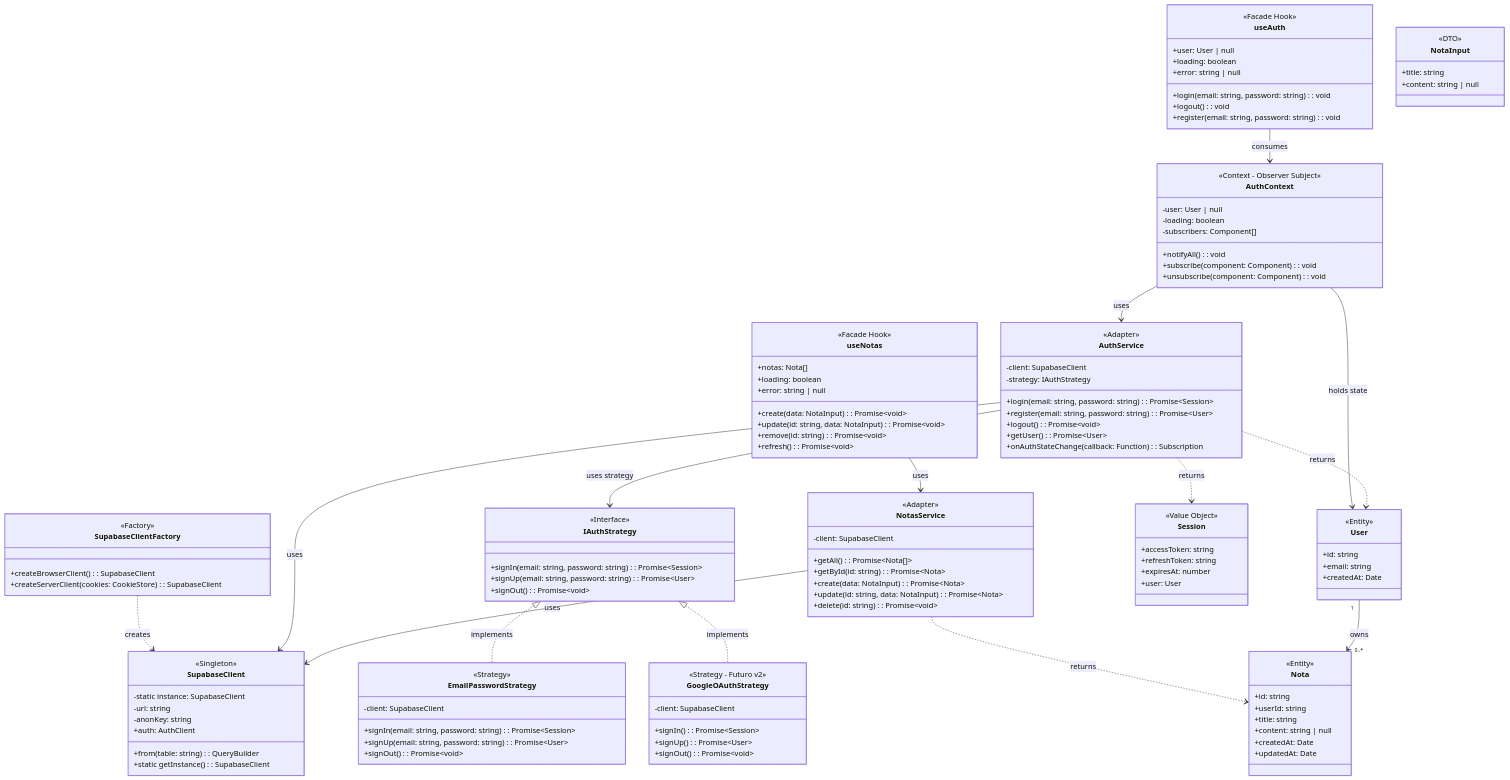
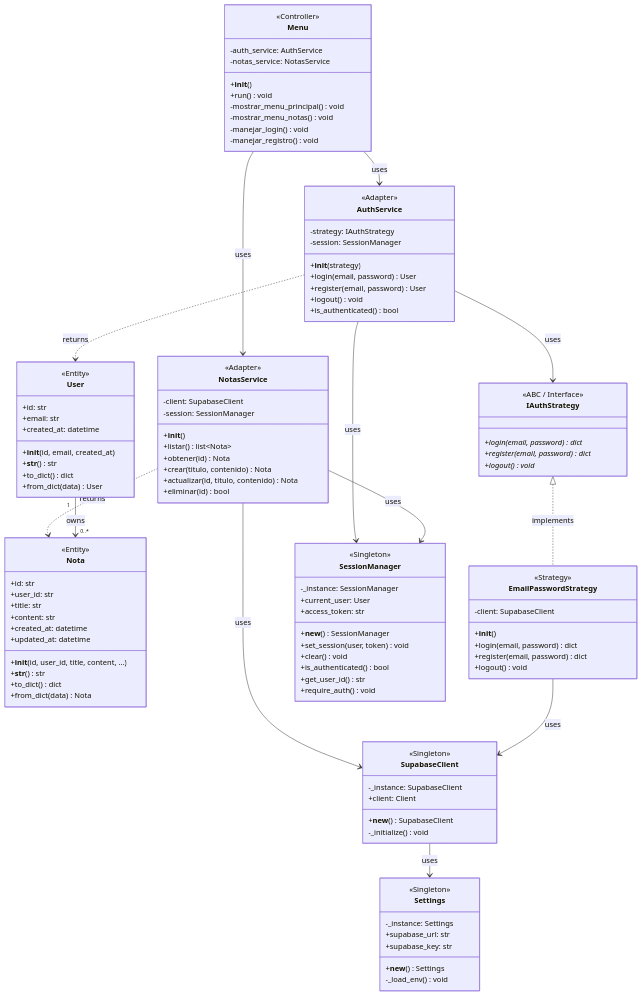
One commit to cynthiavillagra/app_prueba_prompts changed the diagram in docs/03_b_modelado_datos.md. Above: the diagram before and after it, drawn with Mermaid. The commit also changed other lines of this file and 8 other files, not shown here.

```diff
--- a/docs/03_b_modelado_datos.md
+++ b/docs/03_b_modelado_datos.md
@@ -70,183 +62,159 @@
     direction TB
     
     %% ════════════════════════════════════════════
-    %% PATRÓN SINGLETON - Cliente único
+    %% CAPA DE CONFIGURACIÓN
+    %% ════════════════════════════════════════════
+    
+    class Settings {
+        <<Singleton>>
+        -_instance: Settings
+        +supabase_url: str
+        +supabase_key: str
+        +__new__() Settings
+        -_load_env() void
+    }
+    
+    %% ════════════════════════════════════════════
+    %% CAPA DE INFRAESTRUCTURA - Singleton
     %% ════════════════════════════════════════════
     
     class SupabaseClient {
         <<Singleton>>
-        -static instance: SupabaseClient
-        -url: string
-        -anonKey: string
-        +auth: AuthClient
-        +from(table: string): QueryBuilder
-        +static getInstance(): SupabaseClient
+        -_instance: SupabaseClient
+        +client: Client
+        +__new__() SupabaseClient
+        -_initialize() void
     }
     
     %% ════════════════════════════════════════════
-    %% PATRÓN FACTORY METHOD - Crear clientes según contexto
+    %% CAPA DE DOMINIO - Entidades
     %% ════════════════════════════════════════════
     
-    class SupabaseClientFactory {
-        <<Factory>>
-        +createBrowserClient(): SupabaseClient
-        +createServerClient(cookies: CookieStore): SupabaseClient
+    class User {
+        <<Entity>>
+        +id: str
+        +email: str
+        +created_at: datetime
+        +__init__(id, email, created_at)
+        +__str__() str
+        +to_dict() dict
+        +from_dict(data) User
+    }
+    
+    class Nota {
+        <<Entity>>
+        +id: str
+        +user_id: str
+        +title: str
+        +content: str
+        +created_at: datetime
+        +updated_at: datetime
+        +__init__(id, user_id, title, content, ...)
+        +__str__() str
+        +to_dict() dict
+        +from_dict(data) Nota
     }
     
     %% ════════════════════════════════════════════
-    %% PATRÓN STRATEGY - Estrategias de autenticación
+    %% CAPA DE APLICACIÓN - Strategy Pattern
     %% ════════════════════════════════════════════
     
     class IAuthStrategy {
-        <<Interface>>
-        +signIn(email: string, password: string): Promise~Session~
-        +signUp(email: string, password: string): Promise~User~
-        +signOut(): Promise~void~
+        <<ABC / Interface>>
+        +login(email, password)* dict
+        +register(email, password)* dict
+        +logout()* void
     }
     
     class EmailPasswordStrategy {
         <<Strategy>>
         -client: SupabaseClient
-        +signIn(email: string, password: string): Promise~Session~
-        +signUp(email: string, password: string): Promise~User~
-        +signOut(): Promise~void~
-    }
-    
-    class GoogleOAuthStrategy {
-        <<Strategy - Futuro v2>>
-        -client: SupabaseClient
-        +signIn(): Promise~Session~
-        +signUp(): Promise~User~
-        +signOut(): Promise~void~
+        +__init__()
+        +login(email, password) dict
+        +register(email, password) dict
+        +logout() void
     }
     
     %% ════════════════════════════════════════════
-    %% PATRÓN ADAPTER - Servicios que encapsulan Supabase
+    %% CAPA DE APLICACIÓN - Services (Adapters)
     %% ════════════════════════════════════════════
     
     class AuthService {
         <<Adapter>>
-        -client: SupabaseClient
         -strategy: IAuthStrategy
-        +login(email: string, password: string): Promise~Session~
-        +register(email: string, password: string): Promise~User~
-        +logout(): Promise~void~
-        +getUser(): Promise~User~
-        +onAuthStateChange(callback: Function): Subscription
+        -session: SessionManager
+        +__init__(strategy)
+        +login(email, password) User
+        +register(email, password) User
+        +logout() void
+        +is_authenticated() bool
     }
     
     class NotasService {
         <<Adapter>>
         -client: SupabaseClient
-        +getAll(): Promise~Nota[]~
-        +getById(id: string): Promise~Nota~
-        +create(data: NotaInput): Promise~Nota~
-        +update(id: string, data: NotaInput): Promise~Nota~
-        +delete(id: string): Promise~void~
+        -session: SessionManager
+        +__init__()
+        +listar() list~Nota~
+        +obtener(id) Nota
+        +crear(titulo, contenido) Nota
+        +actualizar(id, titulo, contenido) Nota
+        +eliminar(id) bool
+    }
+    
+    class SessionManager {
+        <<Singleton>>
+        -_instance: SessionManager
+        +current_user: User
+        +access_token: str
+        +__new__() SessionManager
+        +set_session(user, token) void
+        +clear() void
+        +is_authenticated() bool
+        +get_user_id() str
+        +require_auth() void
     }
     
     %% ════════════════════════════════════════════
-    %% PATRÓN OBSERVER - Estado reactivo
+    %% CAPA DE PRESENTACIÓN - UI
     %% ════════════════════════════════════════════
     
-    class AuthContext {
-        <<Context - Observer Subject>>
-        -user: User | null
-        -loading: boolean
-        -subscribers: Component[]
-        +notifyAll(): void
-        +subscribe(component: Component): void
-        +unsubscribe(component: Component): void
-    }
-    
-    %% ════════════════════════════════════════════
-    %% PATRÓN FACADE - Hooks como interfaz simple
-    %% ════════════════════════════════════════════
-    
-    class useAuth {
-        <<Facade Hook>>
-        +user: User | null
-        +loading: boolean
-        +error: string | null
-        +login(email: string, password: string): void
-        +logout(): void
-        +register(email: string, password: string): void
-    }
-    
-    class useNotas {
-        <<Facade Hook>>
-        +notas: Nota[]
-        +loading: boolean
-        +error: string | null
-        +create(data: NotaInput): Promise~void~
-        +update(id: string, data: NotaInput): Promise~void~
-        +remove(id: string): Promise~void~
-        +refresh(): Promise~void~
-    }
-    
-    %% ════════════════════════════════════════════
-    %% ENTIDADES DE DOMINIO
-    %% ════════════════════════════════════════════
-    
-    class User {
-        <<Entity>>
-        +id: string
-        +email: string
-        +createdAt: Date
-    }
-    
-    class Nota {
-        <<Entity>>
-        +id: string
-        +userId: string
-        +title: string
-        +content: string | null
-        +createdAt: Date
-        +updatedAt: Date
-    }
-    
-    class Session {
-        <<Value Object>>
-        +accessToken: string
-        +refreshToken: string
-        +expiresAt: number
-        +user: User
-    }
-    
-    class NotaInput {
-        <<DTO>>
-        +title: string
-        +content: string | null
+    class Menu {
+        <<Controller>>
+        -auth_service: AuthService
+        -notas_service: NotasService
+        +__init__()
+        +run() void
+        -mostrar_menu_principal() void
+        -mostrar_menu_notas() void
+        -manejar_login() void
+        -manejar_registro() void
     }
     
     %% ════════════════════════════════════════════
     %% RELACIONES
     %% ════════════════════════════════════════════
     
-    %% Factory crea Singleton
-    SupabaseClientFactory ..> SupabaseClient : creates
+    %% Singleton usa Settings
+    SupabaseClient --> Settings : uses
     
     %% Strategy implementa interfaz
     IAuthStrategy <|.. EmailPasswordStrategy : implements
-    IAuthStrategy <|.. GoogleOAuthStrategy : implements
     
-    %% Adapters usan Singleton
-    AuthService --> SupabaseClient : uses
-    AuthService --> IAuthStrategy : uses strategy
+    %% Services usan Singleton
+    AuthService --> IAuthStrategy : uses
+    AuthService --> SessionManager : uses
     NotasService --> SupabaseClient : uses
+    NotasService --> SessionManager : uses
+    EmailPasswordStrategy --> SupabaseClient : uses
     
-    %% Observer pattern
-    AuthContext --> AuthService : uses
-    AuthContext --> User : holds state
+    %% Services devuelven entidades
+    AuthService ..> User : returns
+    NotasService ..> Nota : returns
     
-    %% Facades consumen servicios
-    useAuth --> AuthContext : consumes
-    useNotas --> NotasService : uses
-    
-    %% Retornos de servicios
-    AuthService ..> User : returns
-    AuthService ..> Session : returns
-    NotasService ..> Nota : returns
+    %% Menu usa services
+    Menu --> AuthService : uses
+    Menu --> NotasService : uses
     
     %% Relación de dominio
     User "1" --> "0..*" Nota : owns
```
